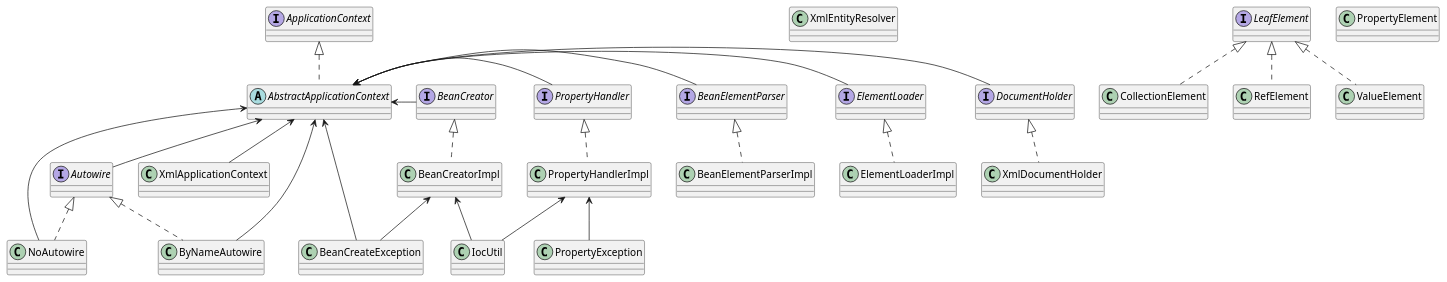
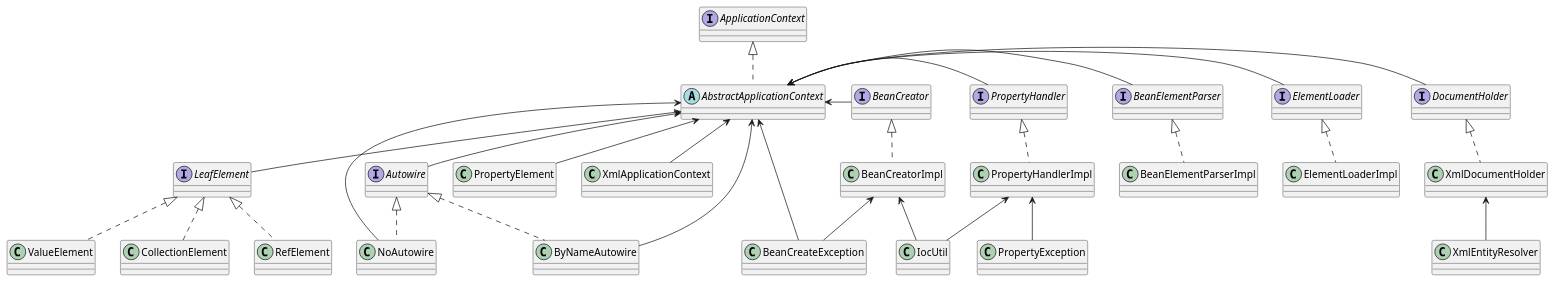
One commit to oOyuanbOo/simple-ioc changed the diagram in class.puml. Above: the diagram before and after it, drawn with PlantUML. The commit also changed 2 other files, not shown here.

Commit message:
类图

```diff
--- a/class.puml
+++ b/class.puml
@@ -1,95 +1,98 @@
 @startuml
 
 abstract class AbstractApplicationContext
 
 interface ApplicationContext
 
 class XmlApplicationContext
 
 
 interface BeanCreator
 
 class BeanCreatorImpl
 
 interface PropertyHandler
 
 class PropertyHandlerImpl
 
 
 class BeanCreateException
 
 class PropertyException
 
 class IocUtil
 
 
 interface Autowire
 
 class ByNameAutowire
 
 class NoAutowire
 
 
 interface DocumentHolder
 
 class XmlDocumentHolder
 
 class XmlEntityResolver
 
 
 interface ElementLoader
 
 class ElementLoaderImpl
 
 interface BeanElementParser
 
 class BeanElementParserImpl
 
 class CollectionElement
 
 interface LeafElement
 
 class PropertyElement
 
 class RefElement
 
 class ValueElement
 
 
 ApplicationContext <|..AbstractApplicationContext
 AbstractApplicationContext <-- XmlApplicationContext
 AbstractApplicationContext <- DocumentHolder
 AbstractApplicationContext <- ElementLoader
 AbstractApplicationContext <- BeanElementParser
 AbstractApplicationContext <- BeanCreator
 AbstractApplicationContext <- PropertyHandler
 AbstractApplicationContext <-- Autowire
 AbstractApplicationContext <-- ByNameAutowire
 AbstractApplicationContext <-- NoAutowire
 AbstractApplicationContext <-- BeanCreateException
+AbstractApplicationContext <-- PropertyElement
+AbstractApplicationContext <-- LeafElement
 
 BeanCreator <|.. BeanCreatorImpl
 PropertyHandler <|.. PropertyHandlerImpl
 BeanCreatorImpl <-- BeanCreateException
 BeanCreatorImpl <-- IocUtil
 PropertyHandlerImpl <-- IocUtil
 PropertyHandlerImpl <-- PropertyException
+XmlDocumentHolder <-- XmlEntityResolver
 
 
 Autowire <|.. ByNameAutowire
 Autowire <|.. NoAutowire
 
 DocumentHolder <|.. XmlDocumentHolder
 
 ElementLoader <|.. ElementLoaderImpl
 
 BeanElementParser <|.. BeanElementParserImpl
 
 LeafElement <|.. CollectionElement
 
 LeafElement <|.. RefElement
 
 LeafElement <|.. ValueElement
 
 
 @enduml
```
